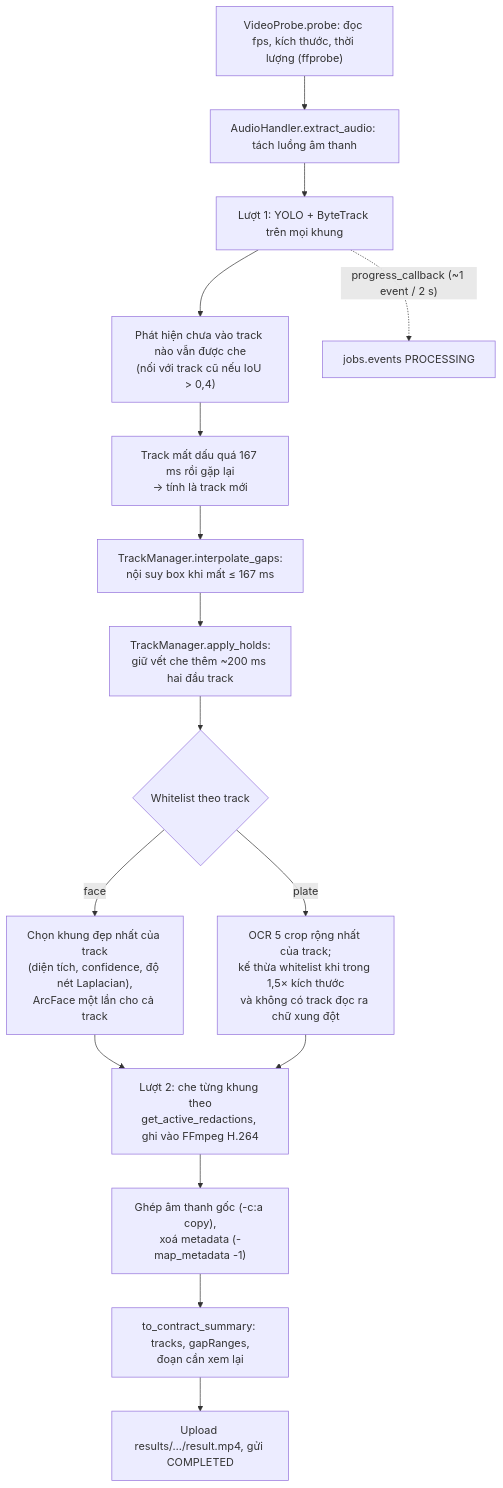
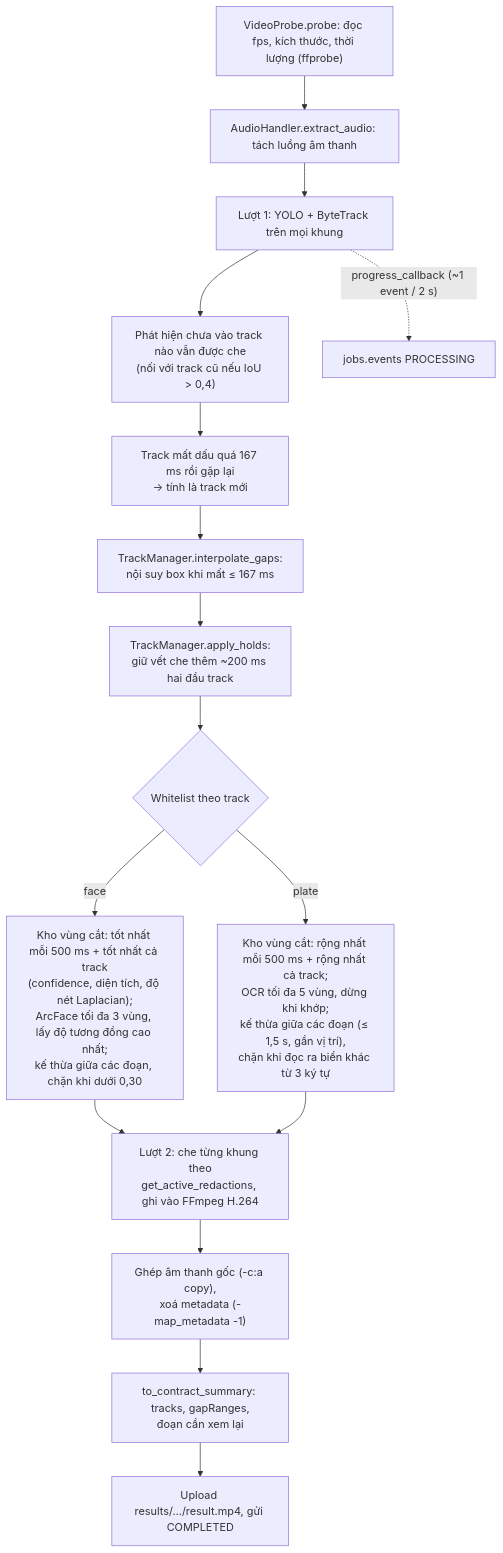
The diagram in docs/report-material/diagrams/3.11-video-pipeline.md (sock1000kg/ImageProcessingService), drawn with Mermaid before and after one commit. The commit also changed 6 other files, not shown here.

````diff
--- a/docs/report-material/diagrams/3.11-video-pipeline.md
+++ b/docs/report-material/diagrams/3.11-video-pipeline.md
@@ -5,18 +5,18 @@
 ```mermaid
 flowchart TB
     A["VideoProbe.probe: đọc fps, kích thước, thời lượng (ffprobe)"] --> B["AudioHandler.extract_audio: tách luồng âm thanh"]
     B --> C["Lượt 1: YOLO + ByteTrack trên mọi khung"]
     C --> C1["Phát hiện chưa vào track nào vẫn được che<br/>(nối với track cũ nếu IoU > 0,4)"]
     C1 --> C2["Track mất dấu quá 167 ms rồi gặp lại<br/>→ tính là track mới"]
     C2 --> D["TrackManager.interpolate_gaps:<br/>nội suy box khi mất ≤ 167 ms"]
     D --> E["TrackManager.apply_holds:<br/>giữ vết che thêm ~200 ms hai đầu track"]
     E --> F{"Whitelist theo track"}
-    F -- face --> G["Chọn khung đẹp nhất của track<br/>(diện tích, confidence, độ nét Laplacian),<br/>ArcFace một lần cho cả track"]
-    F -- plate --> H["OCR 5 crop rộng nhất của track;<br/>kế thừa whitelist khi trong 1,5× kích thước<br/>và không có track đọc ra chữ xung đột"]
+    F -- face --> G["Kho vùng cắt: tốt nhất mỗi 500 ms + tốt nhất cả track<br/>(confidence, diện tích, độ nét Laplacian);<br/>ArcFace tối đa 3 vùng, lấy độ tương đồng cao nhất;<br/>kế thừa giữa các đoạn, chặn khi dưới 0,30"]
+    F -- plate --> H["Kho vùng cắt: rộng nhất mỗi 500 ms + rộng nhất cả track;<br/>OCR tối đa 5 vùng, dừng khi khớp;<br/>kế thừa giữa các đoạn (≤ 1,5 s, gần vị trí),<br/>chặn khi đọc ra biển khác từ 3 ký tự"]
     G --> I["Lượt 2: che từng khung theo<br/>get_active_redactions, ghi vào FFmpeg H.264"]
     H --> I
     I --> J["Ghép âm thanh gốc (-c:a copy),<br/>xoá metadata (-map_metadata -1)"]
     J --> K["to_contract_summary: tracks, gapRanges,<br/>đoạn cần xem lại"]
     K --> L["Upload results/…/result.mp4, gửi COMPLETED"]
     C -. "progress_callback (~1 event / 2 s)" .-> P["jobs.events PROCESSING"]
 ```
````
